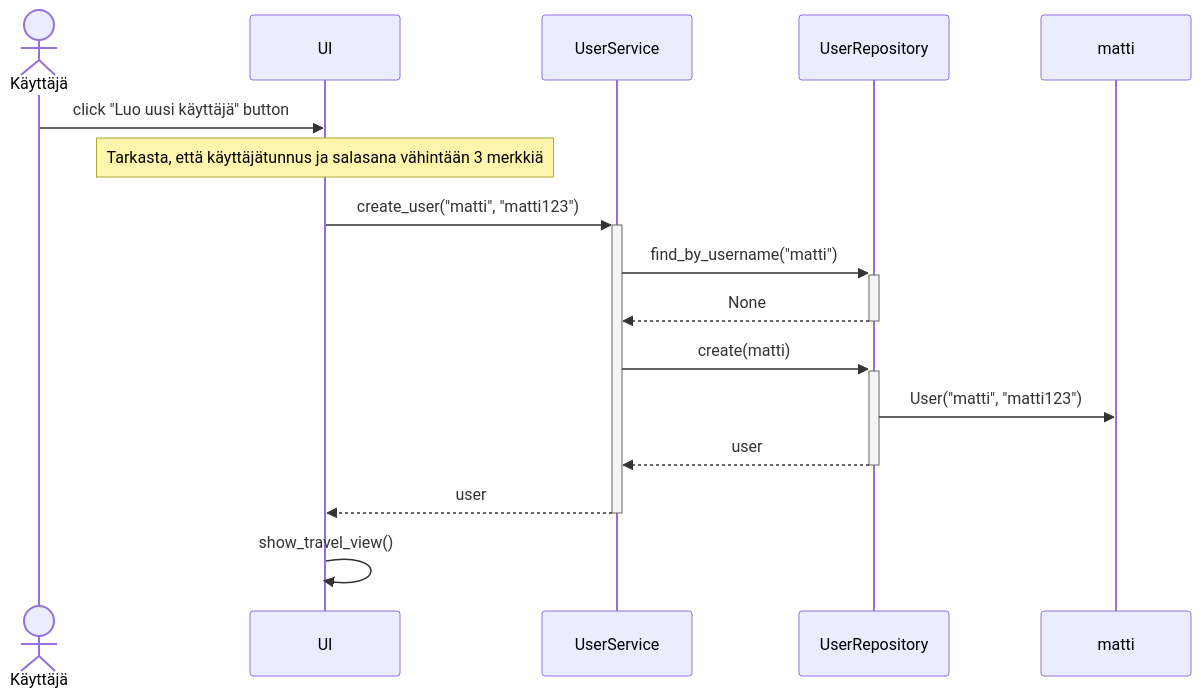
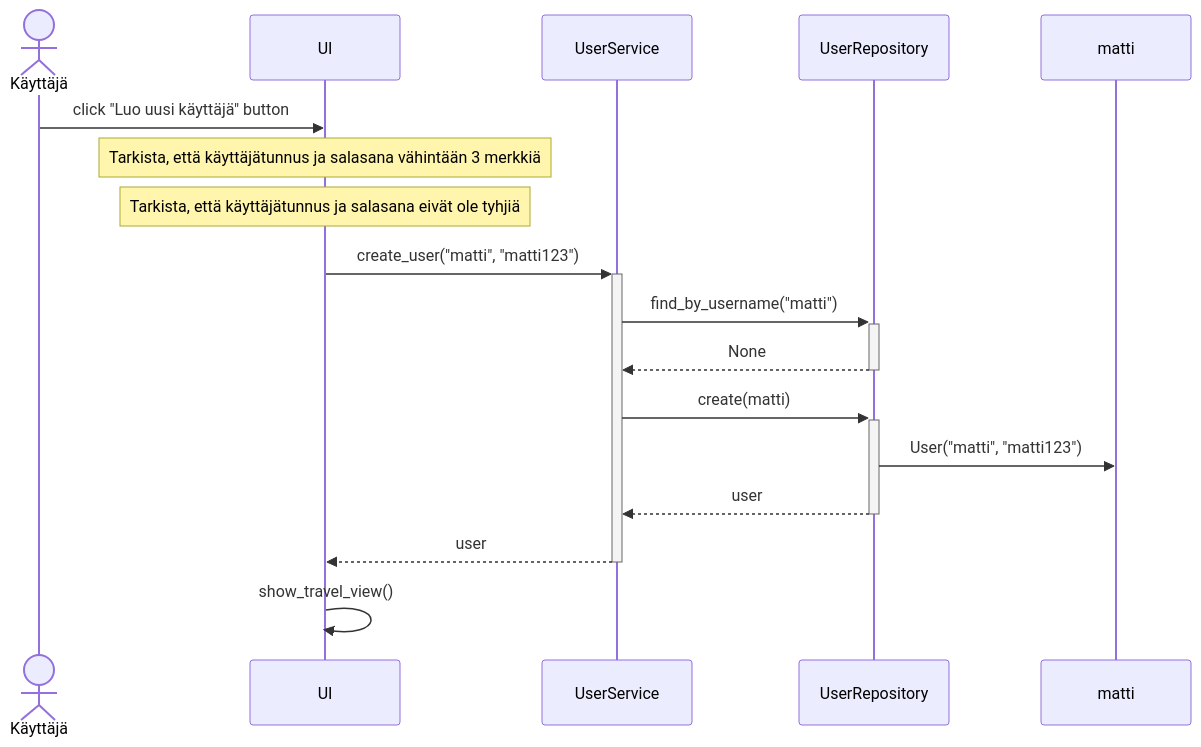
Before and after one commit to phuvio/ot-harjoitustyo: the second of 4 diagrams in travel-expense-calculator-app/dokumentaatio/arkkitehtuuri.md, drawn with Mermaid. The commit also changed other lines of this file, not shown here.

````diff
--- a/travel-expense-calculator-app/dokumentaatio/arkkitehtuuri.md
+++ b/travel-expense-calculator-app/dokumentaatio/arkkitehtuuri.md
@@ -89,18 +89,19 @@
 ```mermaid
 sequenceDiagram
   actor K as Käyttäjä
   participant UI
   participant S as UserService
   participant R as UserRepository
   participant matti
   K->>UI: click "Luo uusi käyttäjä" button
-  Note over UI: Tarkasta, että käyttäjätunnus ja salasana vähintään 3 merkkiä
+  Note over UI: Tarkista, että käyttäjätunnus ja salasana vähintään 3 merkkiä
+  Note over UI: Tarkista, että käyttäjätunnus ja salasana eivät ole tyhjiä
   UI->>+S: create_user("matti", "matti123")
   S->>+R: find_by_username("matti")
   R-->>-S: None
   S->>+R: create(matti)
   R->>matti: User("matti", "matti123")
   R-->> -S: user
   S-->>-UI: user
   UI->>UI: show_travel_view()
 ```
````
